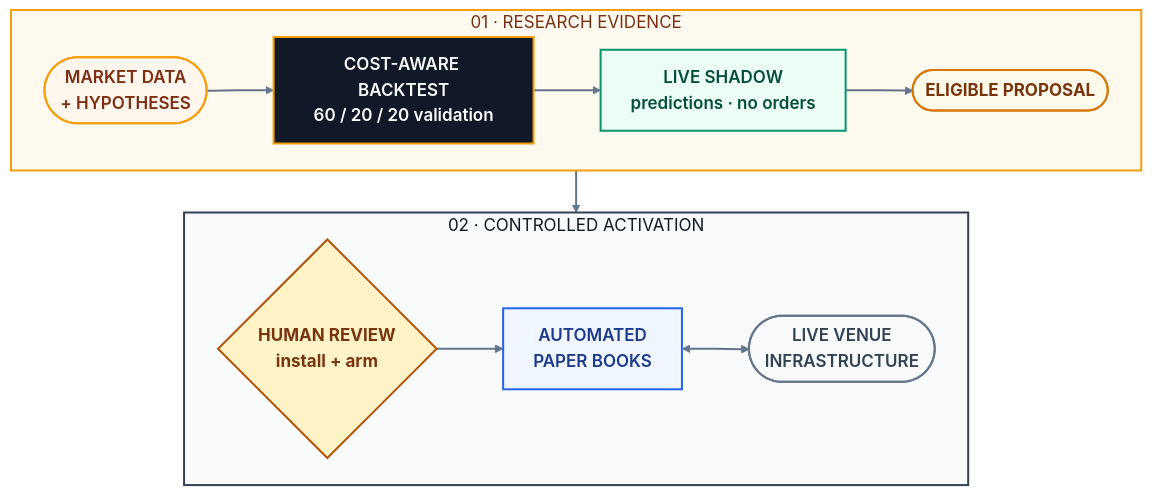
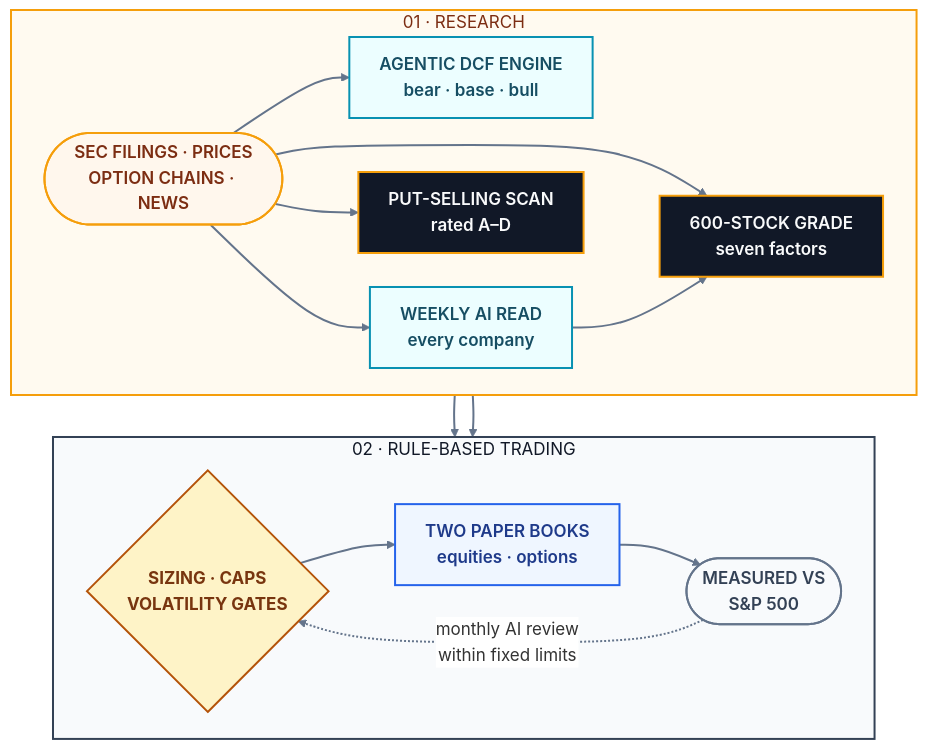
Before and after one commit to rohanjoglekar/agentic-research-trading-platform: the diagram in README.md, drawn with Mermaid. The commit also changed other lines of this file and 5 other files, not shown here.

First line of the commit message:
Rename to Agentic Research & Trading Platform; document the new work

````diff
--- a/README.md
+++ b/README.md
@@ -26,29 +17,32 @@
 ```mermaid
 %%{init: {"theme": "base", "themeVariables": {"fontSize": "17px", "lineColor": "#64748b", "edgeLabelBackground": "#ffffff"}, "flowchart": {"nodeSpacing": 34, "rankSpacing": 42, "curve": "basis"}}}%%
 flowchart TB
-    subgraph evidence["01 · RESEARCH EVIDENCE"]
+    subgraph research["01 · RESEARCH"]
         direction LR
-        inputs(["MARKET DATA<br/>+ HYPOTHESES"]):::source --> validation["COST-AWARE BACKTEST<br/>60 / 20 / 20 validation"]:::research
-        validation --> shadow["LIVE SHADOW<br/>predictions · no orders"]:::live
-        shadow --> proposal(["ELIGIBLE PROPOSAL"]):::proposal
+        data(["SEC FILINGS · PRICES<br/>OPTION CHAINS · NEWS"]):::source --> grade["600-STOCK GRADE<br/>seven factors"]:::research
+        data --> dcf["AGENTIC DCF ENGINE<br/>bear · base · bull"]:::agent
+        data --> read["WEEKLY AI READ<br/>every company"]:::agent
+        read --> grade
+        data --> scan["PUT-SELLING SCAN<br/>rated A–D"]:::research
     end
 
-    subgraph activation["02 · CONTROLLED ACTIVATION"]
+    subgraph trading["02 · RULE-BASED TRADING"]
         direction LR
-        human{"HUMAN REVIEW<br/>install + arm"}:::gate --> books["AUTOMATED<br/>PAPER BOOKS"]:::execution
-        books <--> venues(["LIVE VENUE<br/>INFRASTRUCTURE"]):::neutral
+        rules{"SIZING · CAPS<br/>VOLATILITY GATES"}:::gate --> books["TWO PAPER BOOKS<br/>equities · options"]:::execution
+        books --> bench(["MEASURED VS<br/>S&P 500"]):::neutral
     end
 
-    proposal --> human
+    grade --> rules
+    scan --> rules
+    bench -. "monthly AI review<br/>within fixed limits" .-> rules
 
     classDef source fill:#fff7ed,stroke:#f59e0b,color:#7c2d12,stroke-width:2px,font-weight:600;
     classDef research fill:#111827,stroke:#f59e0b,color:#f9fafb,stroke-width:2px,font-weight:600;
-    classDef live fill:#ecfdf5,stroke:#059669,color:#064e3b,stroke-width:2px,font-weight:600;
-    classDef proposal fill:#fffbeb,stroke:#d97706,color:#78350f,stroke-width:2px,font-weight:700;
+    classDef agent fill:#ecfeff,stroke:#0891b2,color:#164e63,stroke-width:2px,font-weight:600;
     classDef gate fill:#fef3c7,stroke:#b45309,color:#78350f,stroke-width:2px,font-weight:700;
     classDef execution fill:#eff6ff,stroke:#2563eb,color:#1e3a8a,stroke-width:2px,font-weight:600;
     classDef neutral fill:#f8fafc,stroke:#64748b,color:#334155,stroke-width:2px,font-weight:600;
-    style evidence fill:#fffaf0,stroke:#f59e0b,stroke-width:2px,color:#7c2d12
-    style activation fill:#f8fafc,stroke:#334155,stroke-width:2px,color:#111827
+    style research fill:#fffaf0,stroke:#f59e0b,stroke-width:2px,color:#7c2d12
+    style trading fill:#f8fafc,stroke:#334155,stroke-width:2px,color:#111827
     linkStyle default stroke:#64748b,stroke-width:2px;
 ```
````
